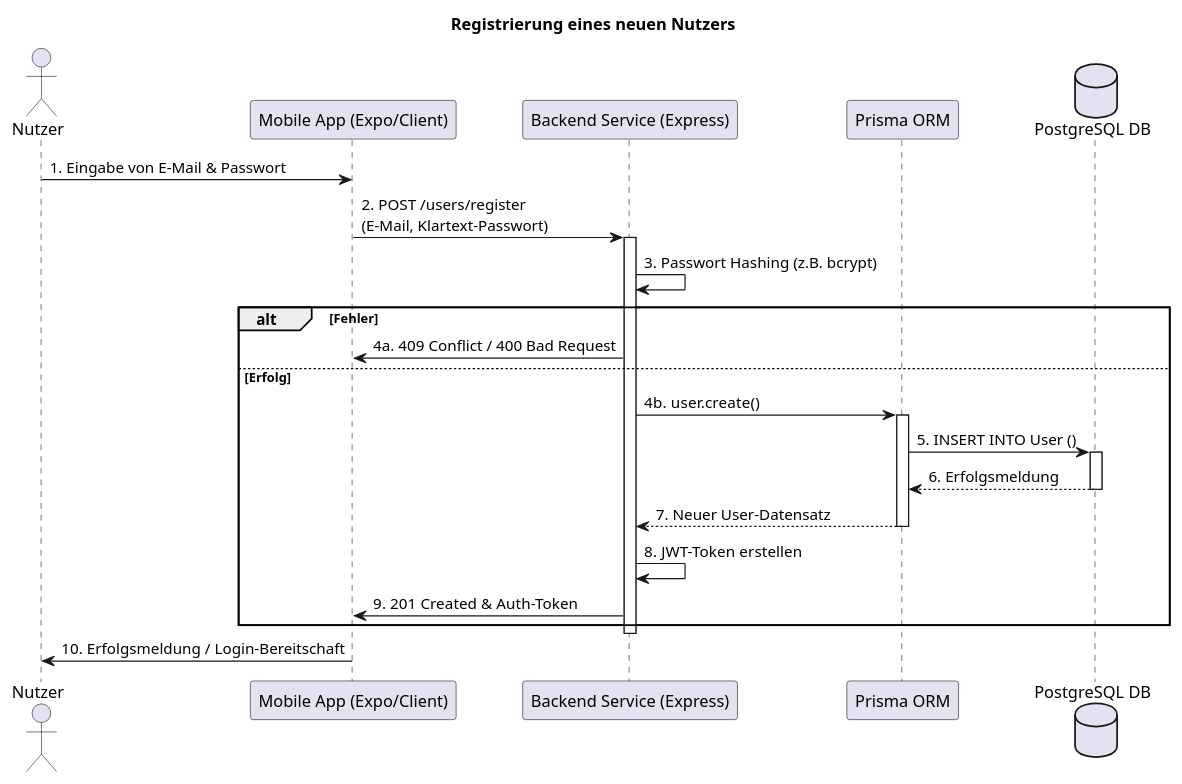
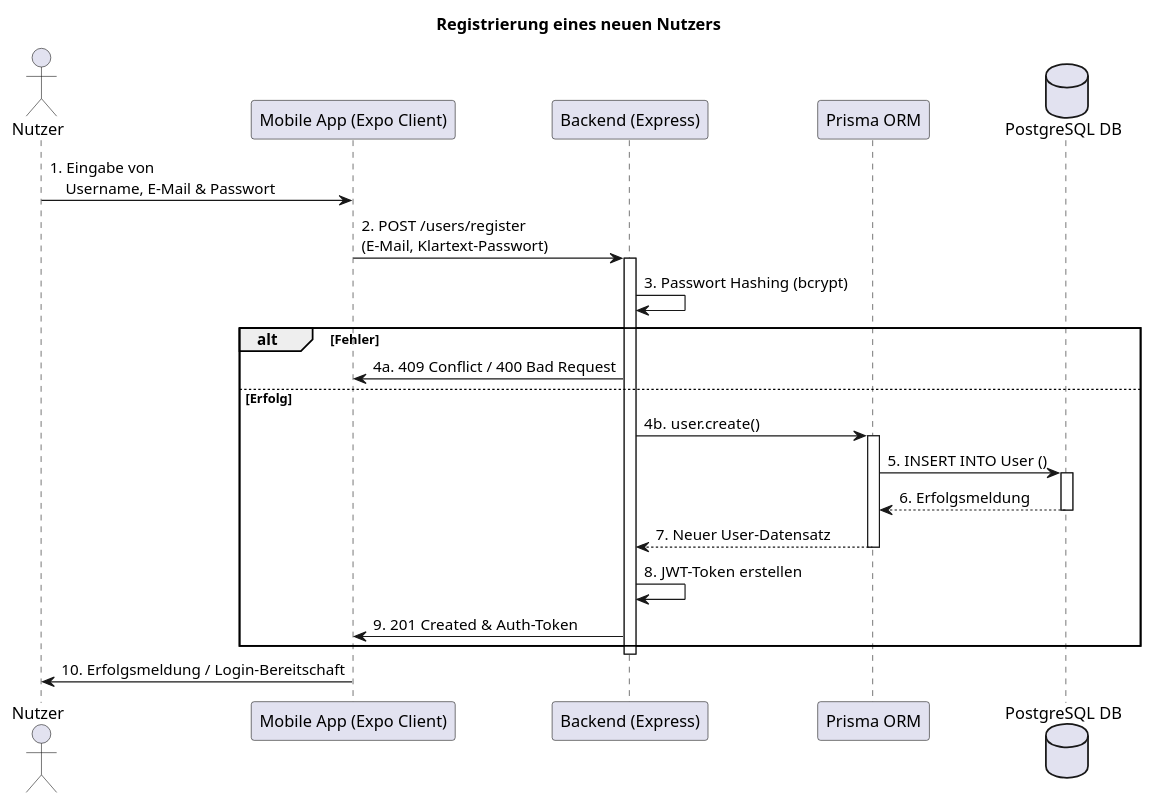
Before and after one commit to laurenzzzzzz/htwd-se1-habitree: the diagram in docs/development/plantuml/Sequenzdiagramm_Registierung.plantuml, drawn with PlantUML. The commit also changed 2 other files, not shown here.

Commit message:
Update Sequenzdiagramm für Registrierung (Design.adoc)

```diff
--- a/docs/development/plantuml/Sequenzdiagramm_Registierung.plantuml
+++ b/docs/development/plantuml/Sequenzdiagramm_Registierung.plantuml
@@ -1,33 +1,33 @@
 @startuml Sequenzdiagramm_Registrierung
 title Registrierung eines neuen Nutzers
 
 actor "Nutzer" as User
-participant "Mobile App (Expo/Client)" as App
-participant "Backend Service (Express)" as Backend
+participant "Mobile App (Expo Client)" as App
+participant "Backend (Express)" as Backend
 participant "Prisma ORM" as Prisma
 database "PostgreSQL DB" as DB
 
-User -> App: 1. Eingabe von E-Mail & Passwort
+User -> App: 1. Eingabe von \n    Username, E-Mail & Passwort
 App -> Backend: 2. POST /users/register \n(E-Mail, Klartext-Passwort)
 
 activate Backend
-Backend -> Backend: 3. Passwort Hashing (z.B. bcrypt)
+Backend -> Backend: 3. Passwort Hashing (bcrypt)
 alt Fehler 
     Backend -> App: 4a. 409 Conflict / 400 Bad Request
 else Erfolg
     Backend -> Prisma: 4b. user.create()
     activate Prisma
     Prisma -> DB: 5. INSERT INTO User ()
     activate DB
     DB --> Prisma: 6. Erfolgsmeldung
     deactivate DB
     Prisma --> Backend: 7. Neuer User-Datensatz
     deactivate Prisma
     
     Backend -> Backend: 8. JWT-Token erstellen
     Backend -> App: 9. 201 Created & Auth-Token
 end
 deactivate Backend
 App -> User: 10. Erfolgsmeldung / Login-Bereitschaft
 
 @enduml
```
